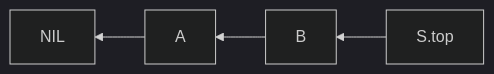
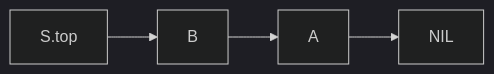
Diagram 11 of 15 in Computer science/Data structures/Stack.md (Eurydia/notes-singularity), drawn with Mermaid (dark theme) before and after one commit. The commit also changed other lines of this file and 4 other files, not shown here.

````diff
--- a/Computer science/Data structures/Stack.md
+++ b/Computer science/Data structures/Stack.md
@@ -90,4 +90,4 @@
 	```mermaid
-	flowchart RL
+	flowchart LR
 		S.top-->B-->A-->NIL
 	```
````
